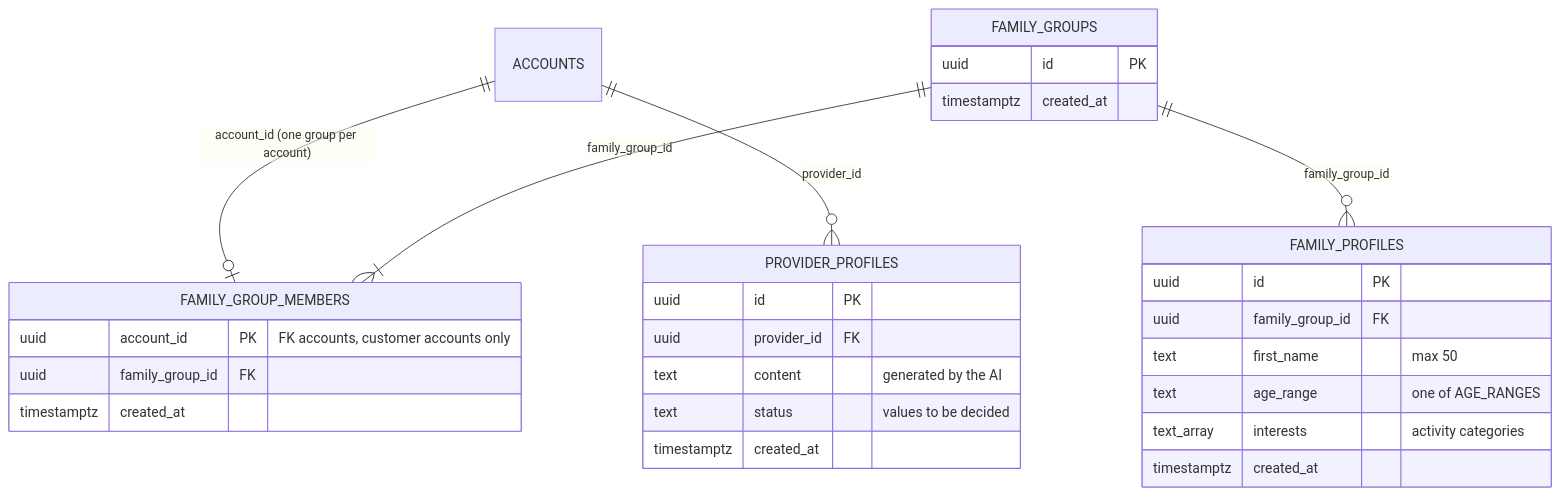
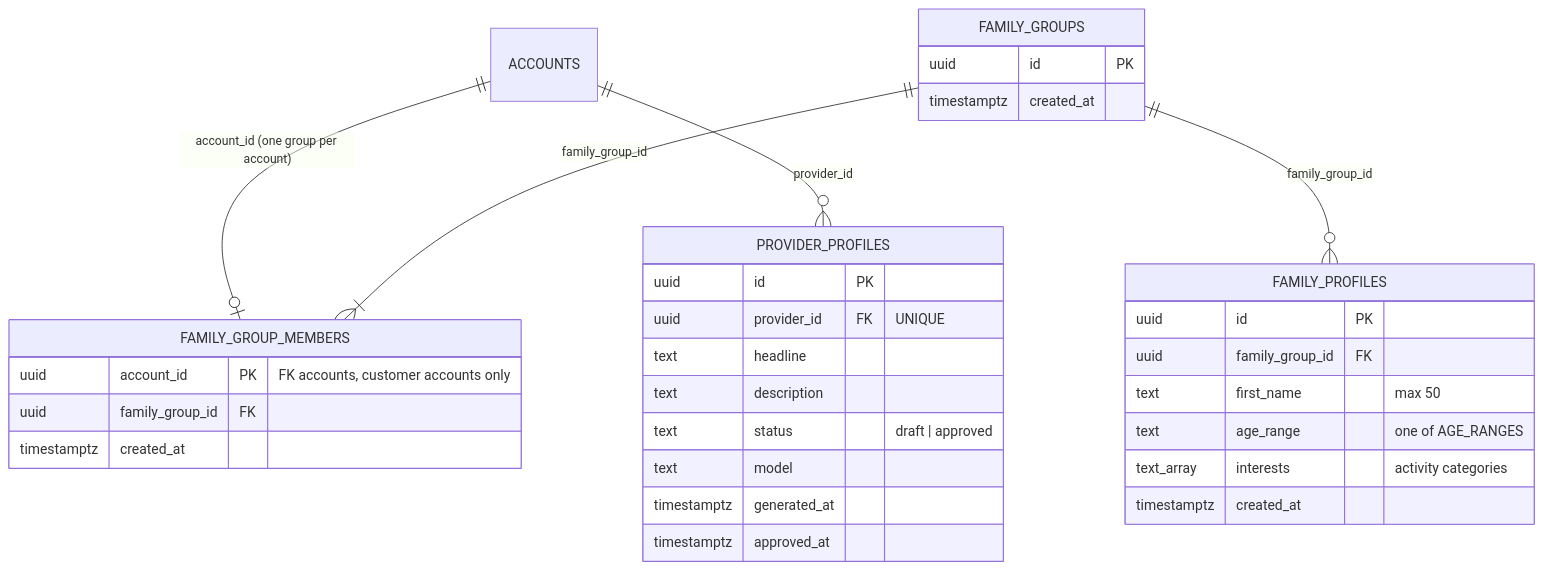
One commit to ednasolans/AfterBell changed the second of 2 diagrams in docs/decisions/database.md. Above: the diagram before and after it, drawn with Mermaid. The commit also changed other lines of this file, not shown here.

Commit message:
docs: update provider_profiles decisions in database.md (#31)

````diff
--- a/docs/decisions/database.md
+++ b/docs/decisions/database.md
@@ -89,32 +89,35 @@
 ```mermaid
 erDiagram
     ACCOUNTS ||--o| FAMILY_GROUP_MEMBERS : "account_id (one group per account)"
     FAMILY_GROUPS ||--|{ FAMILY_GROUP_MEMBERS : "family_group_id"
     FAMILY_GROUPS ||--o{ FAMILY_PROFILES : "family_group_id"
     ACCOUNTS ||--o{ PROVIDER_PROFILES : "provider_id"
 
     FAMILY_GROUPS {
         uuid id PK
         timestamptz created_at
     }
     FAMILY_GROUP_MEMBERS {
         uuid account_id PK "FK accounts, customer accounts only"
         uuid family_group_id FK
         timestamptz created_at
     }
     FAMILY_PROFILES {
         uuid id PK
         uuid family_group_id FK
         text first_name "max 50"
         text age_range "one of AGE_RANGES"
         text_array interests "activity categories"
         timestamptz created_at
     }
     PROVIDER_PROFILES {
         uuid id PK
-        uuid provider_id FK
-        text content "generated by the AI"
-        text status "values to be decided"
-        timestamptz created_at
+        uuid provider_id FK "UNIQUE"
+        text headline
+        text description
+        text status "draft | approved"
+        text model
+        timestamptz generated_at
+        timestamptz approved_at
     }
 ```
````
